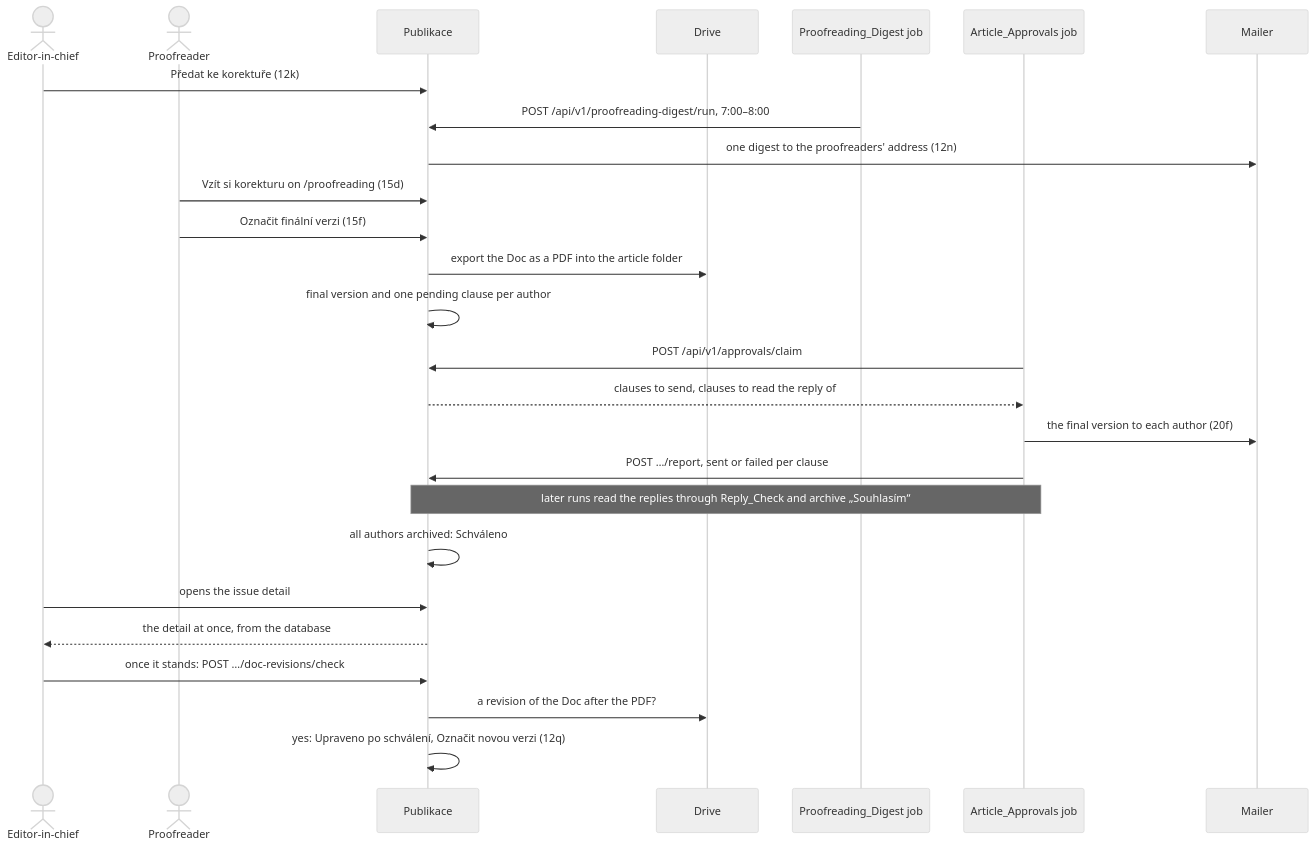
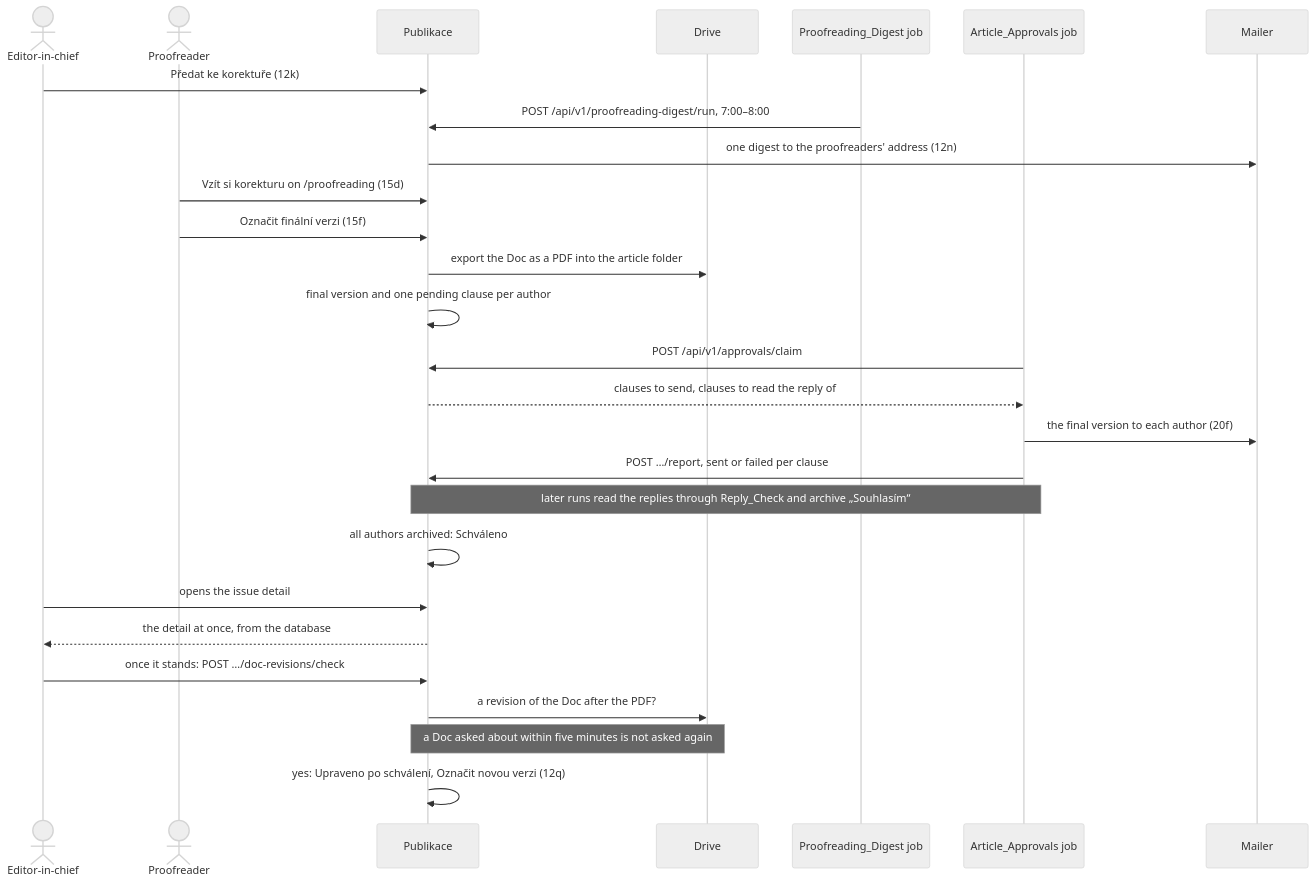
Before and after one commit to vednemesicnik/cz.vednemesicnik: the fifth of 6 diagrams in apps/publikace/docs/architecture.md, drawn with Mermaid (neutral theme). The commit also changed 17 other files, not shown here.

````diff
--- a/apps/publikace/docs/architecture.md
+++ b/apps/publikace/docs/architecture.md
@@ -302,28 +302,29 @@
 ```mermaid
 sequenceDiagram
   actor E as Editor-in-chief
   actor K as Proofreader
   participant A as Publikace
   participant D as Drive
   participant G as Proofreading_Digest job
   participant J as Article_Approvals job
   participant M as Mailer
   E->>A: Předat ke korektuře (12k)
   G->>A: POST /api/v1/proofreading-digest/run, 7:00–8:00
   A->>M: one digest to the proofreaders' address (12n)
   K->>A: Vzít si korekturu on /proofreading (15d)
   K->>A: Označit finální verzi (15f)
   A->>D: export the Doc as a PDF into the article folder
   A->>A: final version and one pending clause per author
   J->>A: POST /api/v1/approvals/claim
   A-->>J: clauses to send, clauses to read the reply of
   J->>M: the final version to each author (20f)
   J->>A: POST …/report, sent or failed per clause
   Note over J,A: later runs read the replies through Reply_Check and archive „Souhlasím“
   A->>A: all authors archived: Schváleno
   E->>A: opens the issue detail
   A-->>E: the detail at once, from the database
   E->>A: once it stands: POST …/doc-revisions/check
   A->>D: a revision of the Doc after the PDF?
+  Note over A,D: a Doc asked about within five minutes is not asked again
   A->>A: yes: Upraveno po schválení, Označit novou verzi (12q)
 ```
````
